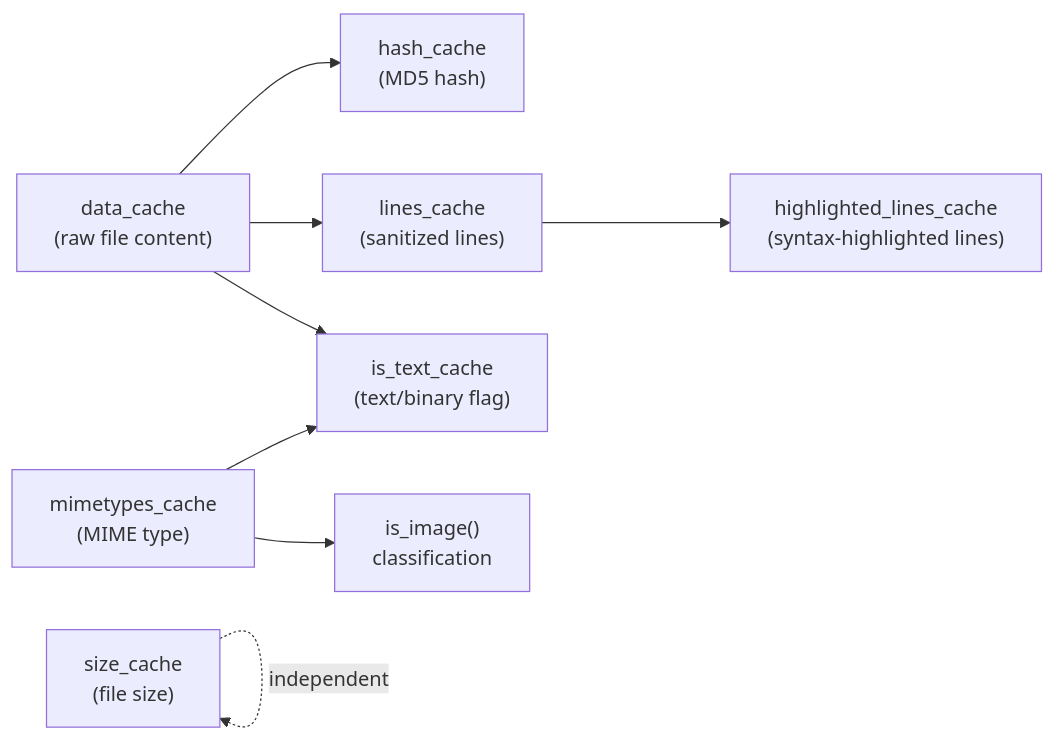
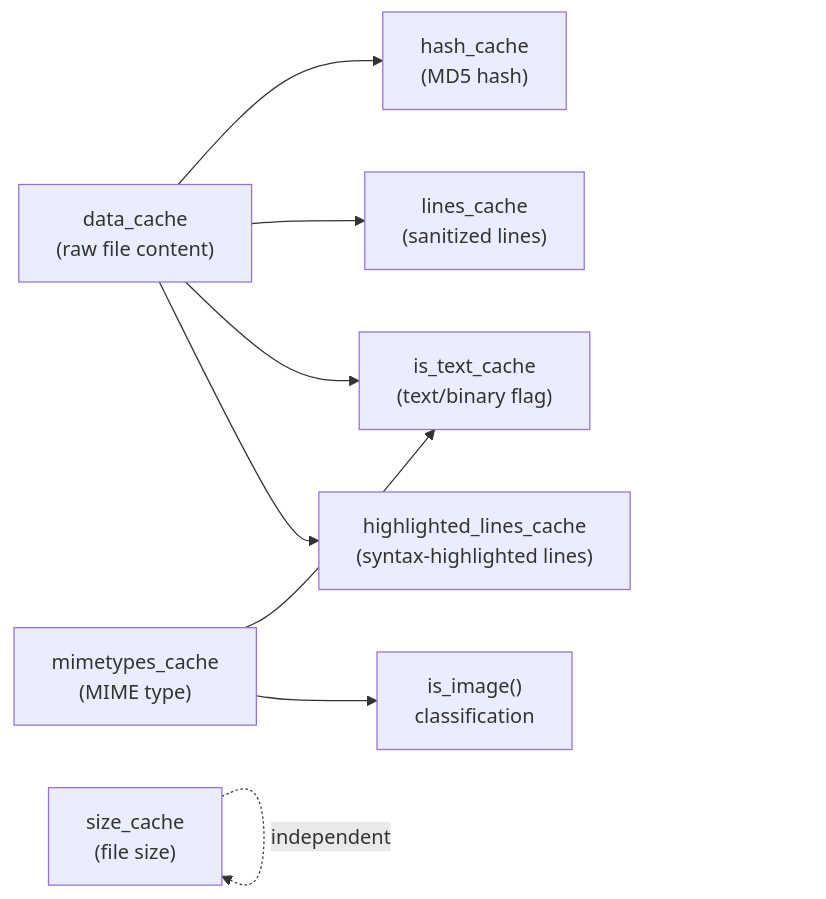
One commit to blitzy-research/kitty changed the fourth of 5 diagrams in blitzy/documentation/kitty_815df1e210e0.md. Above: the diagram before and after it, drawn with Mermaid. The commit also changed other lines of this file, not shown here.

Commit message:
fix: correct two factual inaccuracies in diff kitten documentation
- Fix Section 4.2: Corrected concurrency claim about Set() — it is called
  concurrently from within Parallel() goroutine workers, not after Parallel()
  completes. Documented the potential data race from RLock usage during
  concurrent map writes.
- Fix Section 4.3: Corrected Mermaid cache dependency diagram edge from
  lines_cache→highlighted_lines_cache to data_cache→highlighted_lines_cache,
  since highlight_file() calls data_for_path() not lines_for_path().

````diff
--- a/blitzy/documentation/kitty_815df1e210e0.md
+++ b/blitzy/documentation/kitty_815df1e210e0.md
@@ -307,10 +307,10 @@
 ```mermaid
 flowchart LR
     DC["data_cache\n(raw file content)"] --> HC["hash_cache\n(MD5 hash)"]
     DC --> LC["lines_cache\n(sanitized lines)"]
     DC --> ITC["is_text_cache\n(text/binary flag)"]
     MC["mimetypes_cache\n(MIME type)"] --> ITC
     MC --> II["is_image()\nclassification"]
-    LC --> HLC["highlighted_lines_cache\n(syntax-highlighted lines)"]
+    DC --> HLC["highlighted_lines_cache\n(syntax-highlighted lines)"]
     SC["size_cache\n(file size)"] -.->|independent| SC
 ```
````
